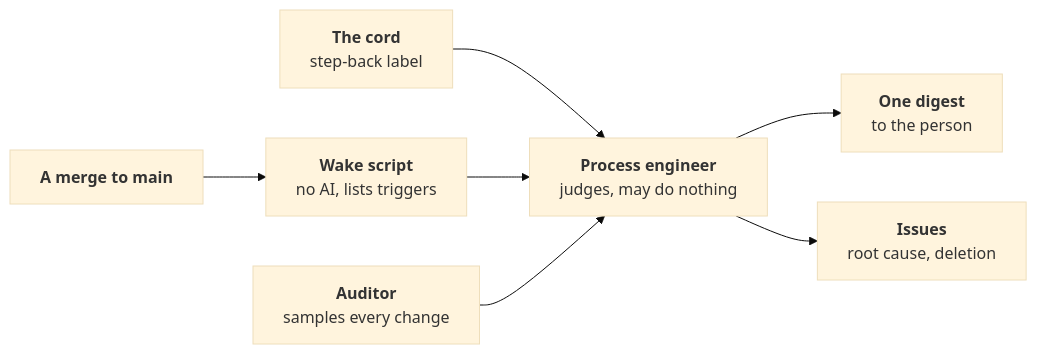
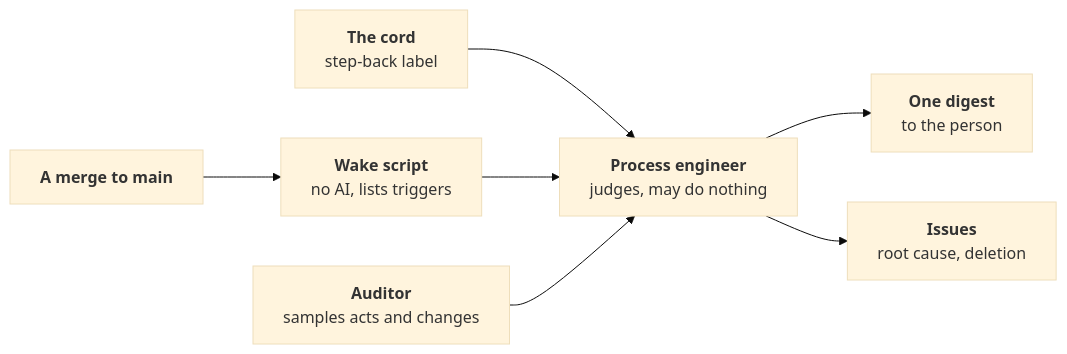
One commit to JN0V/workline changed the diagram in docs/adr/0068-the-line-steps-back-on-its-own-drift.md. Above: the diagram before and after it, drawn with Mermaid (base theme). The commit also changed other lines of this file, not shown here.

````diff
--- a/docs/adr/0068-the-line-steps-back-on-its-own-drift.md
+++ b/docs/adr/0068-the-line-steps-back-on-its-own-drift.md
@@ -62,9 +46,9 @@
 ```mermaid
 flowchart LR
   merge["<b>A merge to main</b>"] --> wake["<b>Wake script</b><br/>no AI, lists triggers"]
   cord["<b>The cord</b><br/>step-back label"] --> pe
   wake --> pe["<b>Process engineer</b><br/>judges, may do nothing"]
-  auditor["<b>Auditor</b><br/>samples every change"] --> pe
+  auditor["<b>Auditor</b><br/>samples acts and changes"] --> pe
   pe --> digest["<b>One digest</b><br/>to the person"]
   pe --> issues["<b>Issues</b><br/>root cause, deletion"]
 ```
````
